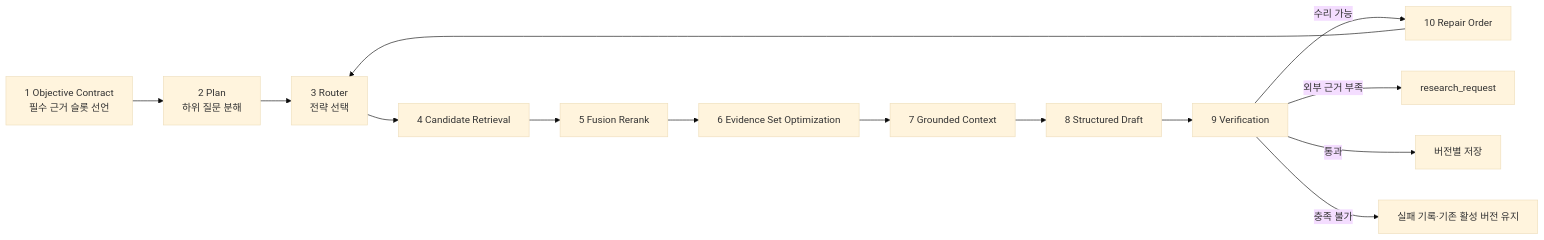
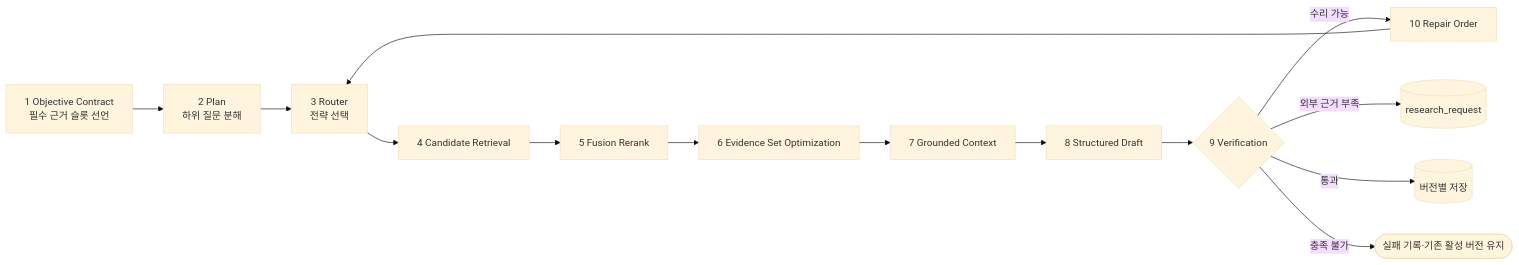
Before and after one commit to Mureung1/hub-showcase: the first of 2 diagrams in docs/agent-design.md, drawn with Mermaid (base theme). The commit also changed other lines of this file and 3 other files, not shown here.

Commit message:
docs: define knowledge schema, statistics model, and execution layers

````diff
--- a/docs/agent-design.md
+++ b/docs/agent-design.md
@@ -70,16 +70,16 @@
 ```mermaid
 flowchart LR
     C["1 Objective Contract<br/>필수 근거 슬롯 선언"] --> P["2 Plan<br/>하위 질문 분해"]
     P --> R["3 Router<br/>전략 선택"]
     R --> G["4 Candidate Retrieval"]
     G --> F["5 Fusion Rerank"]
     F --> E["6 Evidence Set Optimization"]
     E --> M["7 Grounded Context"]
     M --> D["8 Structured Draft"]
-    D --> V["9 Verification"]
+    D --> V{"9 Verification"}
     V -->|"수리 가능"| X["10 Repair Order"]
     X --> R
-    V -->|"외부 근거 부족"| Q["research_request"]
-    V -->|"통과"| S["버전별 저장"]
-    V -->|"충족 불가"| Z["실패 기록·기존 활성 버전 유지"]
+    V -->|"외부 근거 부족"| Q[("research_request")]
+    V -->|"통과"| S[("버전별 저장")]
+    V -->|"충족 불가"| Z(["실패 기록·기존 활성 버전 유지"])
 ```
````
